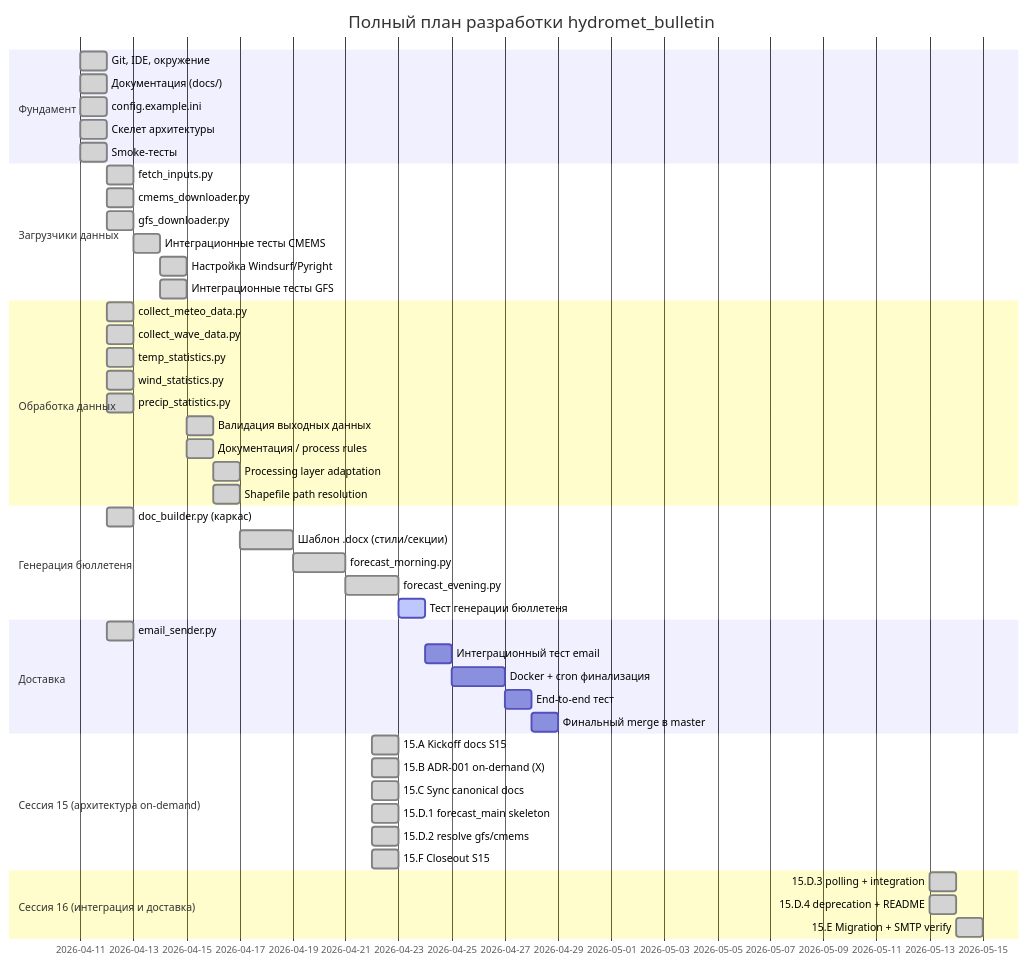
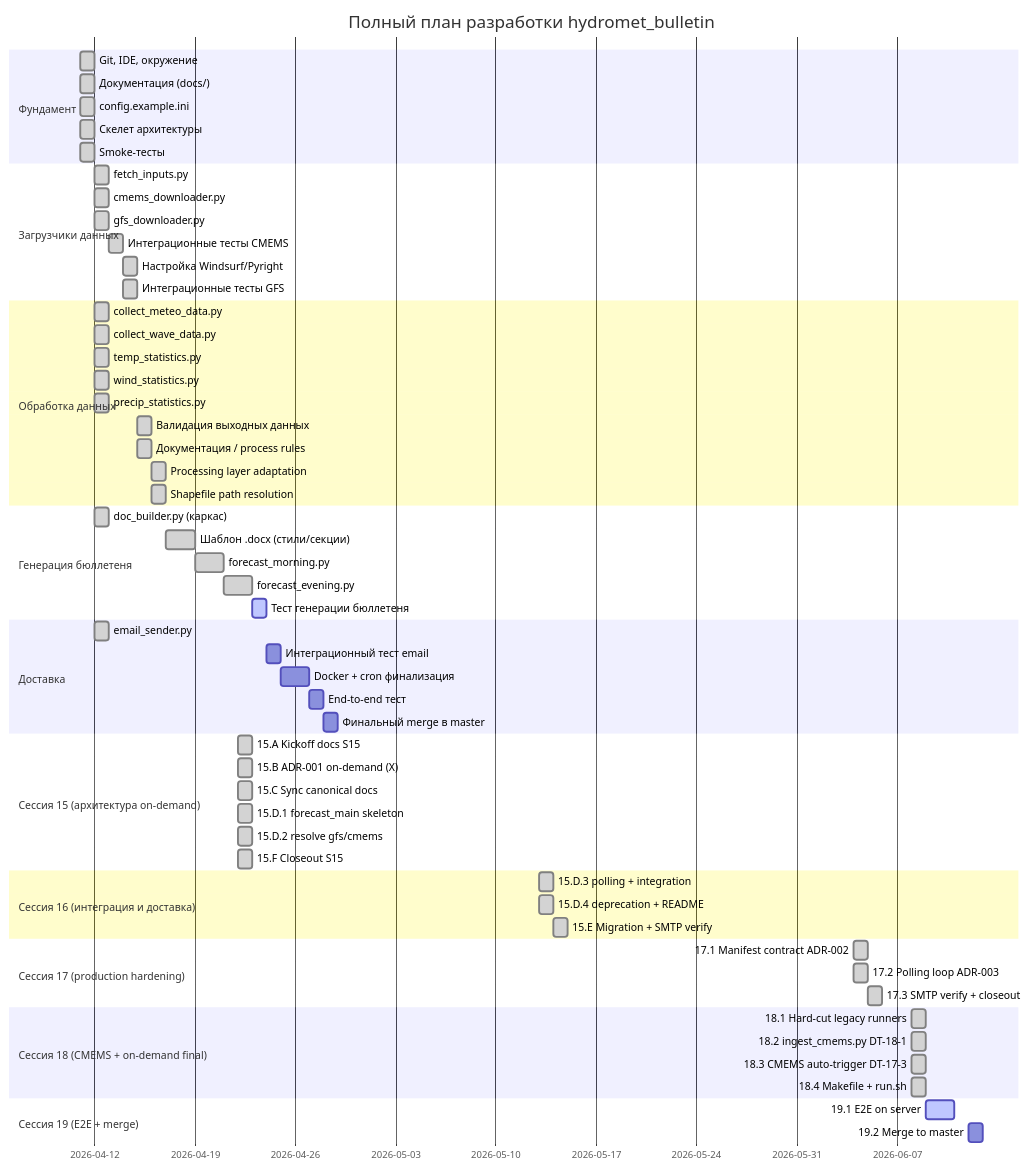
Before and after one commit to zubkovfpk/hydromet_bulletin: the first of 3 diagrams in docs/project_progress.md, drawn with Mermaid. The commit also changed other lines of this file and 1 other file, not shown here.

First line of the commit message:
docs(S19-sync): canonical docs full synchronization after S18 closeout

````diff
--- a/docs/project_progress.md
+++ b/docs/project_progress.md
@@ -5,52 +5,64 @@
 ```mermaid
 gantt
     title Полный план разработки hydromet_bulletin
     dateFormat YYYY-MM-DD
     section Фундамент
     Git, IDE, окружение          :done, 2026-04-11, 1d
     Документация (docs/)         :done, 2026-04-11, 1d
     config.example.ini           :done, 2026-04-11, 1d
     Скелет архитектуры           :done, 2026-04-11, 1d
     Smoke-тесты                  :done, 2026-04-11, 1d
     section Загрузчики данных
     fetch_inputs.py              :done, 2026-04-12, 1d
     cmems_downloader.py          :done, 2026-04-12, 1d
     gfs_downloader.py            :done, 2026-04-12, 1d
     Интеграционные тесты CMEMS   :done, 2026-04-13, 1d
     Настройка Windsurf/Pyright   :done, 2026-04-14, 1d
     Интеграционные тесты GFS     :done, 2026-04-14, 1d
     section Обработка данных
     collect_meteo_data.py        :done, 2026-04-12, 1d
     collect_wave_data.py         :done, 2026-04-12, 1d
     temp_statistics.py           :done, 2026-04-12, 1d
     wind_statistics.py           :done, 2026-04-12, 1d
     precip_statistics.py         :done, 2026-04-12, 1d
     Валидация выходных данных    :done, 2026-04-15, 1d
     Документация / process rules :done, 2026-04-15, 1d
     Processing layer adaptation  :done, 2026-04-16, 1d
     Shapefile path resolution    :done, 2026-04-16, 1d
     section Генерация бюллетеня
     doc_builder.py (каркас)      :done, 2026-04-12, 1d
     Шаблон .docx (стили/секции) :done, 2026-04-17, 2d
     forecast_morning.py          :done, 2026-04-19, 2d
     forecast_evening.py          :done, 2026-04-21, 2d
     Тест генерации бюллетеня     :active, 2026-04-23, 1d
     section Доставка
     email_sender.py              :done, 2026-04-12, 1d
     Интеграционный тест email    :2026-04-24, 1d
     Docker + cron финализация    :2026-04-25, 2d
     End-to-end тест              :2026-04-27, 1d
     Финальный merge в master     :2026-04-28, 1d
     section Сессия 15 (архитектура on-demand)
     15.A Kickoff docs S15            :done, 2026-04-22, 1d
     15.B ADR-001 on-demand (X)       :done, 2026-04-22, 1d
     15.C Sync canonical docs         :done, 2026-04-22, 1d
     15.D.1 forecast_main skeleton    :done, 2026-04-22, 1d
     15.D.2 resolve gfs/cmems         :done, 2026-04-22, 1d
     15.F Closeout S15                :done, 2026-04-22, 1d
     section Сессия 16 (интеграция и доставка)
     15.D.3 polling + integration     :done, 2026-05-13, 1d
     15.D.4 deprecation + README      :done, 2026-05-13, 1d
     15.E Migration + SMTP verify     :done, 2026-05-14, 1d
     %% Note: 15.E closed partial — DT-14-U (SMTP verify) deferred to S17.1.
+    section Сессия 17 (production hardening)
+    17.1 Manifest contract ADR-002   :done, 2026-06-04, 1d
+    17.2 Polling loop ADR-003        :done, 2026-06-04, 1d
+    17.3 SMTP verify + closeout      :done, 2026-06-05, 1d
+    section Сессия 18 (CMEMS + on-demand final)
+    18.1 Hard-cut legacy runners     :done, 2026-06-08, 1d
+    18.2 ingest_cmems.py DT-18-1     :done, 2026-06-08, 1d
+    18.3 CMEMS auto-trigger DT-17-3 :done, 2026-06-08, 1d
+    18.4 Makefile + run.sh           :done, 2026-06-08, 1d
+    section Сессия 19 (E2E + merge)
+    19.1 E2E on server               :active, 2026-06-09, 2d
+    19.2 Merge to master             :2026-06-12, 1d
 ```
````
